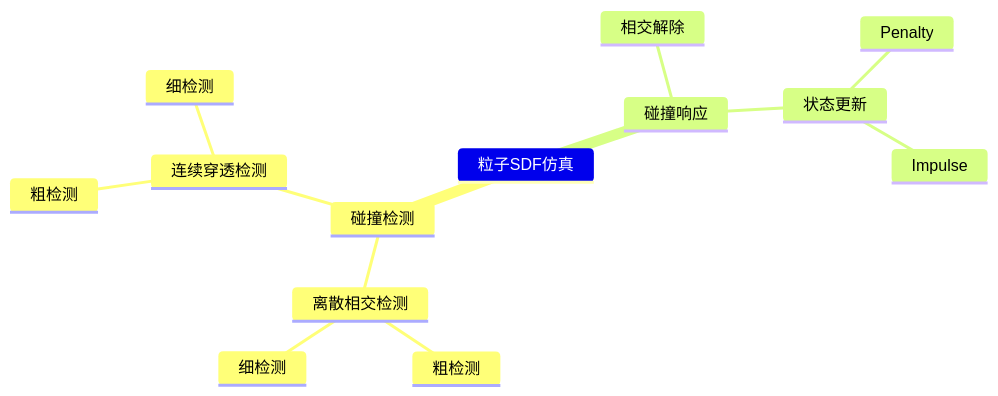
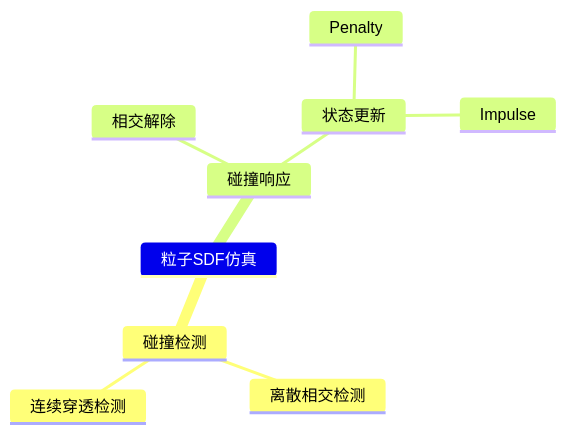
The diagram in src/ParticleSDF.md (CaterpillarStudyGroup/GAMES103_mdbook), drawn with Mermaid before and after one commit. The commit also changed other lines of this file and 2 other files, not shown here.

````diff
--- a/src/ParticleSDF.md
+++ b/src/ParticleSDF.md
@@ -4,16 +4,14 @@
 ```mermaid
 mindmap
 粒子SDF仿真
     碰撞检测
         离散相交检测
-            粗检测
-            细检测
+           
         连续穿透检测
-            粗检测
-            细检测
+           
     碰撞响应
         相交解除
         状态更新
             Penalty
             Impulse
 ```
````
